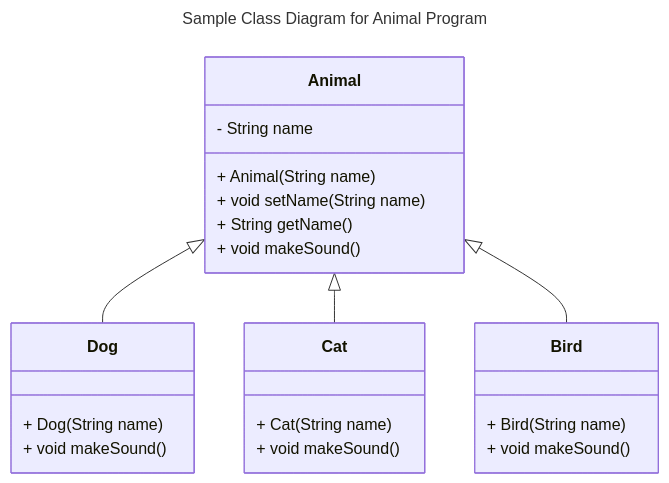
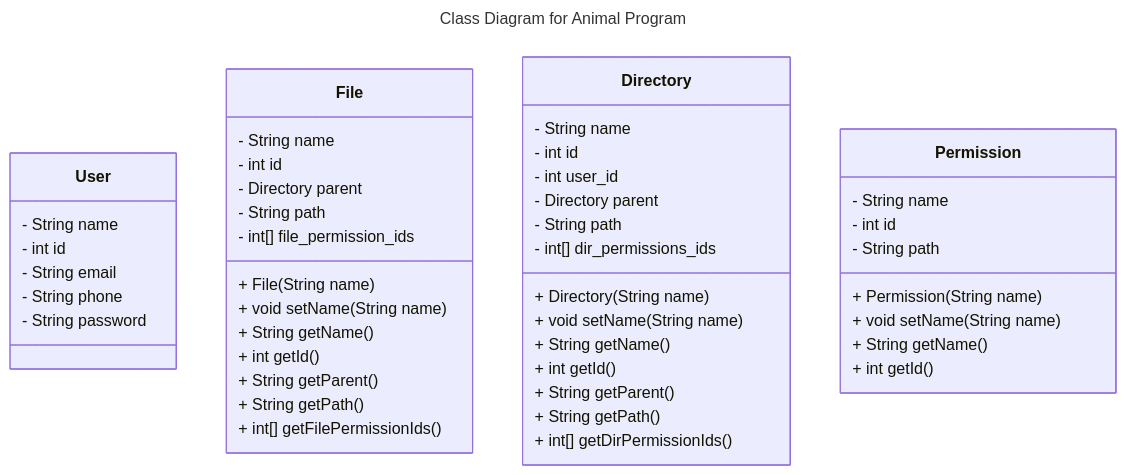
The third of 5 diagrams in README.md (amdy87/MySQL-Filesystem), drawn with Mermaid before and after one commit.

Commit message:
Class diagram

````diff
--- a/README.md
+++ b/README.md
@@ -183,28 +184,56 @@
 ```mermaid
 ---
-title: Sample Class Diagram for Animal Program
+title: Class Diagram for Animal Program
 ---
 classDiagram
-    class Animal {
+
+    class User{
         - String name
-        + Animal(String name)
+        - int id
+        - String email
+        - String phone
+        - String password
+
+    }
+    class File {
+        - String name
+        - int id
+        - Directory parent
+        - String path
+        - int[] file_permission_ids
+        + File(String name)
         + void setName(String name)
         + String getName()
-        + void makeSound()
+        + int getId()
+        + String getParent()
+        + String getPath()
+        + int[] getFilePermissionIds()
     }
-    class Dog {
-        + Dog(String name)
-        + void makeSound()
+
+    class Directory {
+        - String name
+        - int id
+        - int user_id
+        - Directory parent
+        - String path
+        - int[] dir_permissions_ids
+        + Directory(String name)
+        + void setName(String name)
+        + String getName()
+        + int getId()
+        + String getParent()
+        + String getPath()
+        + int[] getDirPermissionIds()
     }
-    class Cat {
-        + Cat(String name)
-        + void makeSound()
+
+    class Permission {
+        - String name
+        - int id
+        - String path
+        + Permission(String name)
+        + void setName(String name)
+        + String getName()
+        + int getId()
     }
-    class Bird {
-        + Bird(String name)
-        + void makeSound()
-    }
-    Animal <|-- Dog
-    Animal <|-- Cat
-    Animal <|-- Bird
+   
 ```
````
